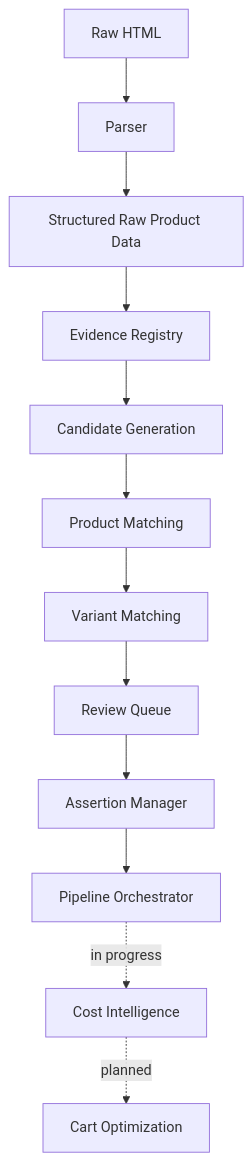
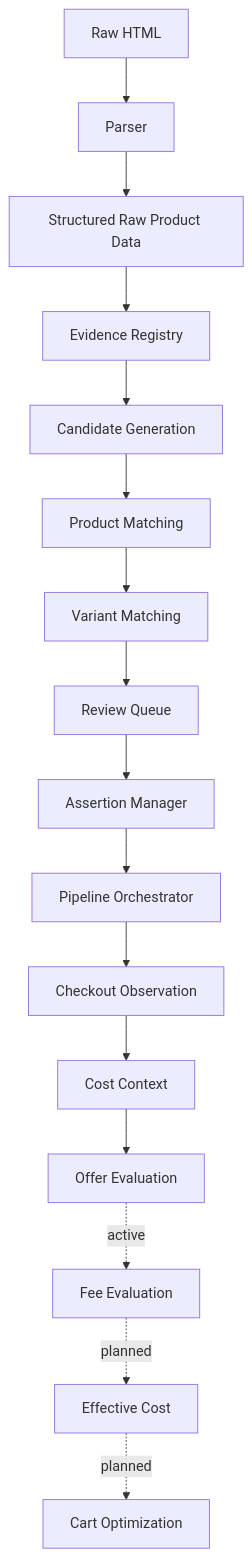
One commit to neural-agi/Cartel-Smart-Cart-Optimizer changed the diagram in README.md. Above: the diagram before and after it, drawn with Mermaid. The commit also changed other lines of this file, not shown here.

````diff
--- a/README.md
+++ b/README.md
@@ -135,14 +187,18 @@
 ```mermaid
 flowchart TD
     A[Raw HTML] --> B[Parser]
     B --> C[Structured Raw Product Data]
     C --> D[Evidence Registry]
     D --> E[Candidate Generation]
     E --> F[Product Matching]
     F --> G[Variant Matching]
     G --> H[Review Queue]
     H --> I[Assertion Manager]
     I --> J[Pipeline Orchestrator]
-    J -.->|in progress| K[Cost Intelligence]
-    K -.->|planned| L[Cart Optimization]
+    J --> K[Checkout Observation]
+    K --> L[Cost Context]
+    L --> M[Offer Evaluation]
+    M -.->|active| N[Fee Evaluation]
+    N -.->|planned| O[Effective Cost]
+    O -.->|planned| P[Cart Optimization]
 ```
````
